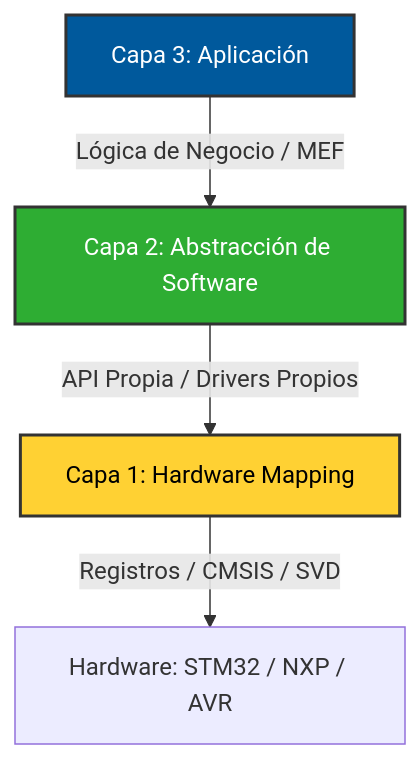
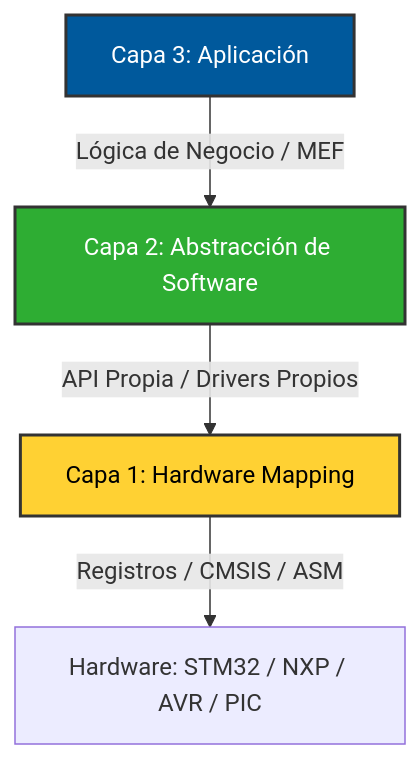
One commit to CarlitozMF/CarlitozMF changed the diagram in README.md. Above: the diagram before and after it, drawn with Mermaid. The commit also changed other lines of this file, not shown here.

````diff
--- a/README.md
+++ b/README.md
@@ -43,10 +45,10 @@
 ```mermaid
 graph TD
     A[Capa 3: Aplicación] -->|Lógica de Negocio / MEF| B[Capa 2: Abstracción de Software]
     B -->|API Propia / Drivers Propios| C[Capa 1: Hardware Mapping]
-    C -->|Registros / CMSIS / SVD| D[Hardware: STM32 / NXP / AVR]
+    C -->|Registros / CMSIS / ASM| D[Hardware: STM32 / NXP / AVR / PIC]
     
     style A fill:#00599C,stroke:#333,stroke-width:2px,color:#fff
     style B fill:#2EAD33,stroke:#333,stroke-width:2px,color:#fff
     style C fill:#FFD133,stroke:#333,stroke-width:2px,color:#000
 ```
````
